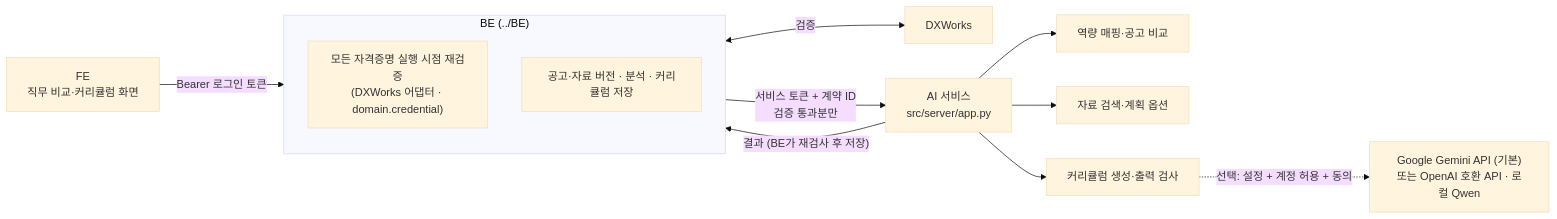
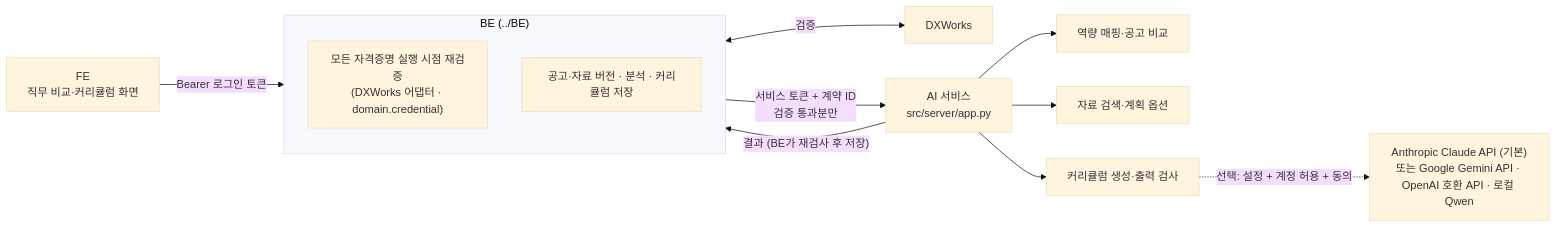
The diagram in ai/docs/CAREER_AI_SERVICE.md (HYUJIM/VC_AI_Career_agent), drawn with Mermaid (base theme) before and after one commit. The commit also changed other lines of this file and 34 other files, not shown here.

First line of the commit message:
feat(AI·BE·FE): 커리큘럼 LLM 기본 공급자를 Gemini에서 Claude(Sonnet 5.5)로 교체

````diff
--- a/ai/docs/CAREER_AI_SERVICE.md
+++ b/ai/docs/CAREER_AI_SERVICE.md
@@ -8,15 +8,15 @@
 ```mermaid
 flowchart LR
     FE["FE<br/>직무 비교·커리큘럼 화면"] -->|"Bearer 로그인 토큰"| BE
     subgraph BE["BE (../BE)"]
         RV["모든 자격증명 실행 시점 재검증<br/>(DXWorks 어댑터 · domain.credential)"]
         ST["공고·자료 버전 · 분석 · 커리큘럼 저장"]
     end
     BE <-->|"검증"| DX["DXWorks"]
     BE -->|"서비스 토큰 + 계약 ID<br/>검증 통과분만"| S["AI 서비스<br/>src/server/app.py"]
     S --> Gap["역량 매핑·공고 비교"]
     S --> Plan["자료 검색·계획 옵션"]
     S --> Gen["커리큘럼 생성·출력 검사"]
-    Gen -. "선택: 설정 + 계정 허용 + 동의" .-> LLM["Google Gemini API (기본)<br/>또는 OpenAI 호환 API · 로컬 Qwen"]
+    Gen -. "선택: 설정 + 계정 허용 + 동의" .-> LLM["Anthropic Claude API (기본)<br/>또는 Google Gemini API · OpenAI 호환 API · 로컬 Qwen"]
     S -->|"결과 (BE가 재검사 후 저장)"| BE
 ```
````
